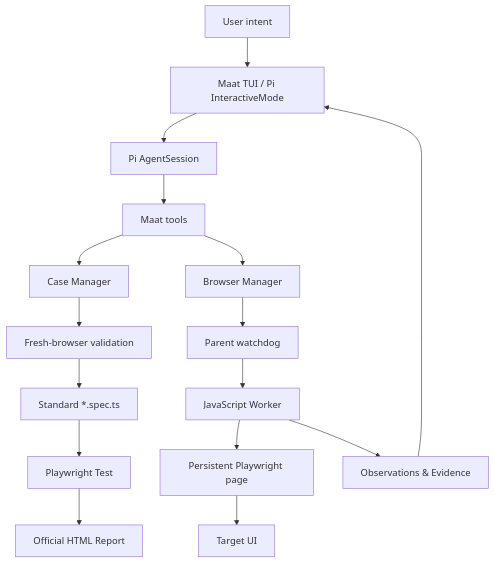
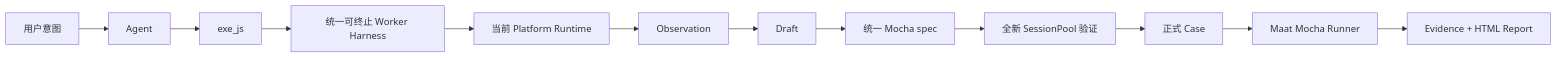
The diagram in README.zh-CN.md (houlianpi/Maat), drawn with Mermaid before and after one commit. The commit also changed other lines of this file and 100 other files, not shown here.

Commit message:
refactor: unify UI adapters under Maat harness

````diff
--- a/README.zh-CN.md
+++ b/README.zh-CN.md
@@ -253,18 +39,14 @@
 ```mermaid
-flowchart TD
-    User[User intent] --> TUI[Maat TUI / Pi InteractiveMode]
-    TUI --> Session[Pi AgentSession]
-    Session --> Tools[Maat tools]
-    Tools --> CaseManager[Case Manager]
-    Tools --> BrowserManager[Browser Manager]
-    BrowserManager --> Parent[Parent watchdog]
-    Parent --> Worker[JavaScript Worker]
-    Worker --> Playwright[Persistent Playwright page]
-    Playwright --> UI[Target UI]
-    Worker --> Evidence[Observations & Evidence]
-    Evidence --> TUI
-    CaseManager --> Validation[Fresh-browser validation]
-    Validation --> Spec[Standard *.spec.ts]
-    Spec --> Runner[Playwright Test]
-    Runner --> Report[Official HTML Report]
+flowchart LR
+  User[用户意图] --> Agent
+  Agent --> Execute[exe_js]
+  Execute --> Worker[统一可终止 Worker Harness]
+  Worker --> Adapter[当前 Platform Runtime]
+  Adapter --> Observation
+  Observation --> Draft
+  Draft --> Candidate[统一 Mocha spec]
+  Candidate --> Validate[全新 SessionPool 验证]
+  Validate --> Case[正式 Case]
+  Case --> Runner[Maat Mocha Runner]
+  Runner --> Report[Evidence + HTML Report]
 ```
````
